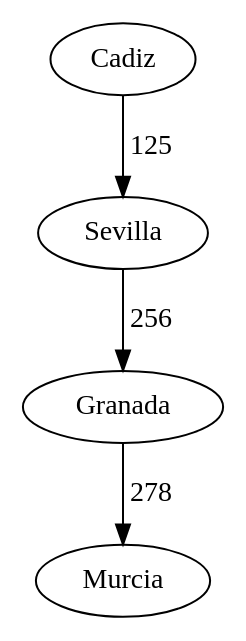
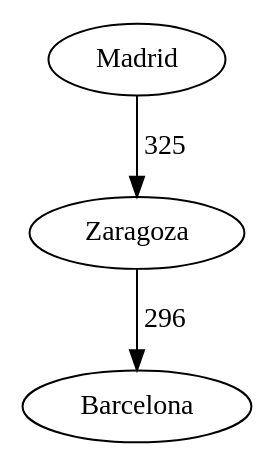
One commit to dani3l8200/EDD_PROYECTO2_201801364_201807100 changed the diagram in RutaN.dot. Above: the diagram before and after it, drawn with Graphviz. The commit also changed 35 other files, not shown here.

```diff
--- a/RutaN.dot
+++ b/RutaN.dot
@@ -1,11 +1,9 @@
 digraph D {
 
-	Cadiz[label="Cadiz"]
-	Sevilla[label="Sevilla"]
-	Cadiz -> Sevilla [label="125"]
-	Granada[label="Granada"]
-	Sevilla -> Granada [label="256"]
-	Murcia[label="Murcia"]
-	Granada -> Murcia [label="278"]
+	Madrid[label="Madrid"]
+	Zaragoza[label="Zaragoza"]
+	Madrid -> Zaragoza [label="325"]
+	Barcelona[label="Barcelona"]
+	Zaragoza -> Barcelona [label="296"]
 
 }
```
